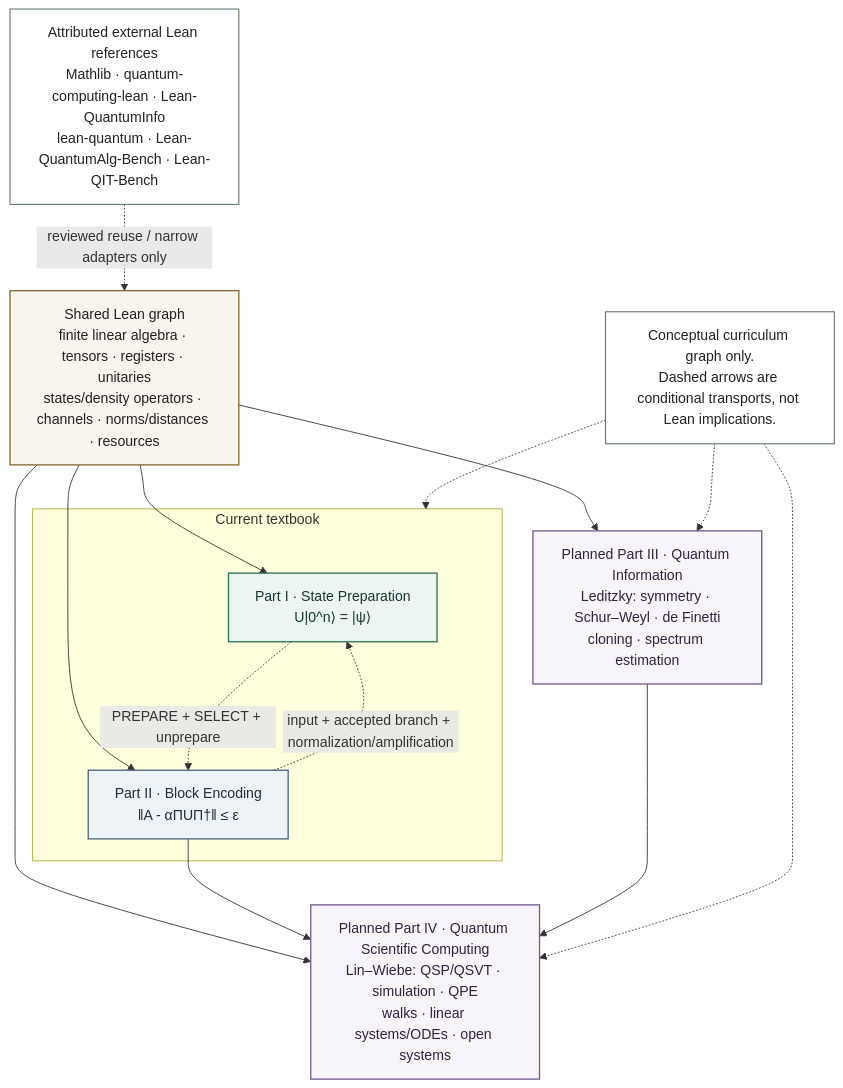
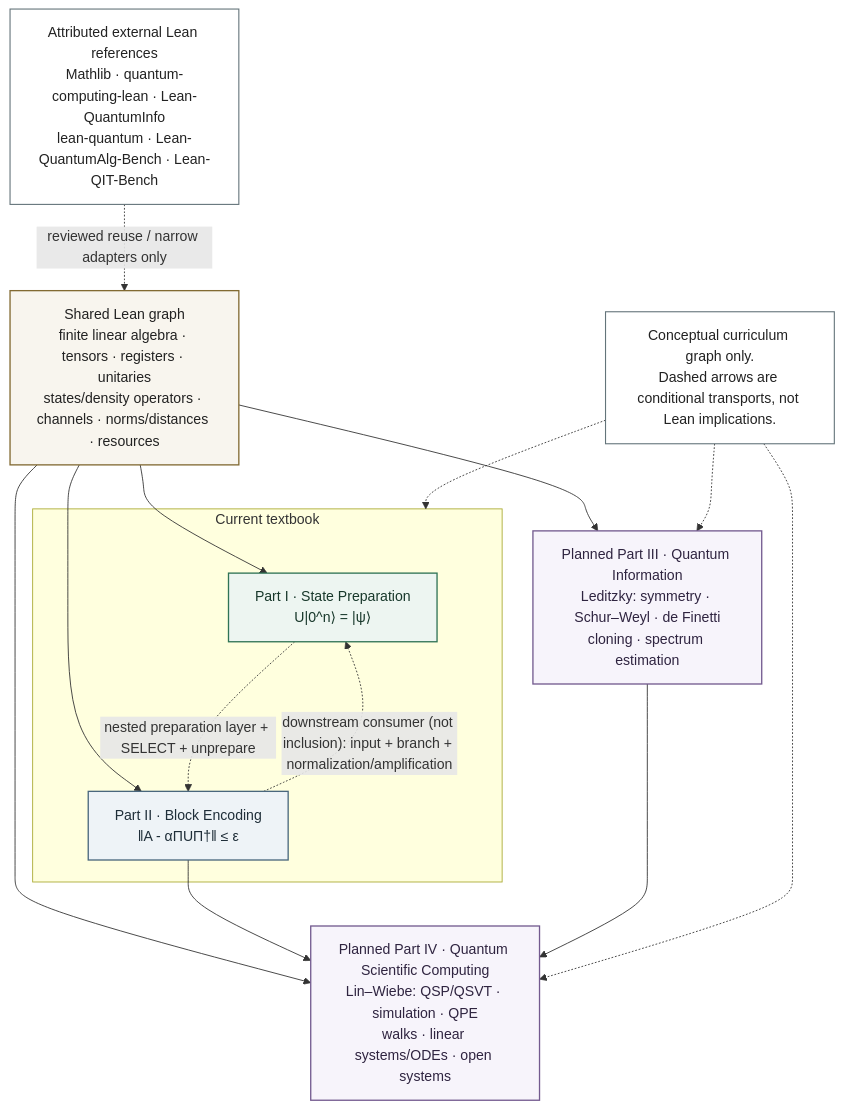
Before and after one commit to DakeBU/Quantum-Computing-Block-Encoding: the diagram in website/diagrams/quantum-domain-roadmap.mmd, drawn with Mermaid.

Commit message:
site: distinguish the SP-in-BE relation from reverse consumption

```diff
--- a/website/diagrams/quantum-domain-roadmap.mmd
+++ b/website/diagrams/quantum-domain-roadmap.mmd
@@ -1,38 +1,38 @@
 flowchart TB
   CORE["Shared Lean graph<br/>finite linear algebra · tensors · registers · unitaries<br/>states/density operators · channels · norms/distances · resources"]
 
   subgraph CURRENT["Current textbook"]
     SP["Part I · State Preparation<br/>U|0^n⟩ = |ψ⟩"]
     BE["Part II · Block Encoding<br/>‖A - αΠUΠ†‖ ≤ ε"]
   end
 
   QIT["Planned Part III · Quantum Information<br/>Leditzky: symmetry · Schur–Weyl · de Finetti<br/>cloning · spectrum estimation"]
   SCI["Planned Part IV · Quantum Scientific Computing<br/>Lin–Wiebe: QSP/QSVT · simulation · QPE<br/>walks · linear systems/ODEs · open systems"]
 
   EXT["Attributed external Lean references<br/>Mathlib · quantum-computing-lean · Lean-QuantumInfo<br/>lean-quantum · Lean-QuantumAlg-Bench · Lean-QIT-Bench"]
 
   CORE --> SP
   CORE --> BE
   CORE --> QIT
   CORE --> SCI
-  SP -. "PREPARE + SELECT + unprepare" .-> BE
-  BE -. "input + accepted branch + normalization/amplification" .-> SP
+  SP -. "nested preparation layer + SELECT + unprepare" .-> BE
+  BE -. "downstream consumer (not inclusion): input + branch + normalization/amplification" .-> SP
   BE --> SCI
   QIT --> SCI
   EXT -. "reviewed reuse / narrow adapters only" .-> CORE
 
   NOTE["Conceptual curriculum graph only.<br/>Dashed arrows are conditional transports, not Lean implications."]
   NOTE -.-> CURRENT
   NOTE -.-> QIT
   NOTE -.-> SCI
 
   classDef core fill:#f8f5ee,stroke:#826a32,color:#222222,stroke-width:1.5px;
   classDef state fill:#edf5f1,stroke:#2f7355,color:#18382b,stroke-width:1.5px;
   classDef block fill:#eef3f7,stroke:#49677d,color:#1f2e39,stroke-width:1.5px;
   classDef future fill:#f7f4fb,stroke:#735a8f,color:#2f2440,stroke-width:1.5px;
   classDef external fill:#ffffff,stroke:#64747a,color:#222222,stroke-width:1.25px;
   class CORE core;
   class SP state;
   class BE block;
   class QIT,SCI future;
   class EXT,NOTE external;
```
